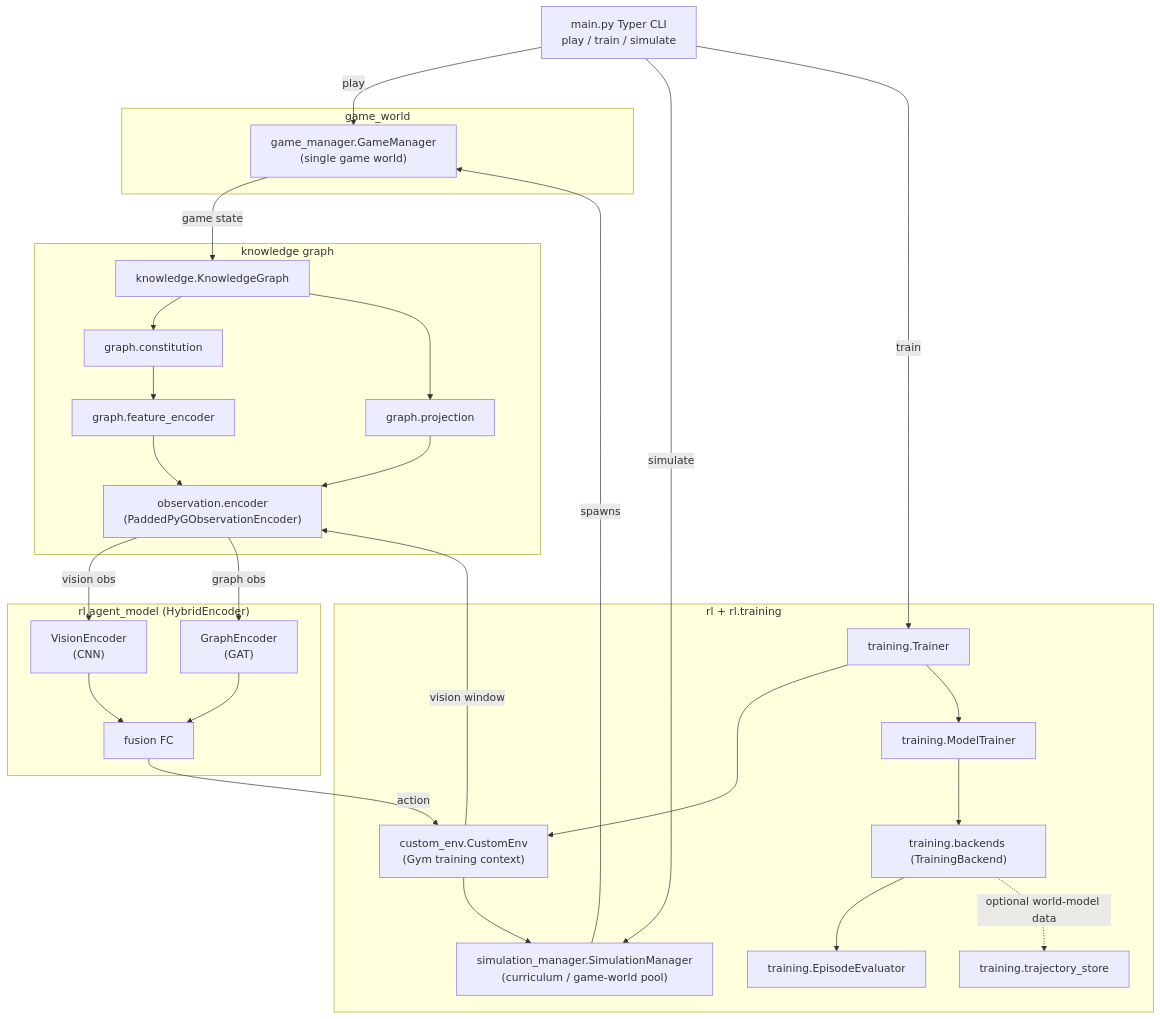
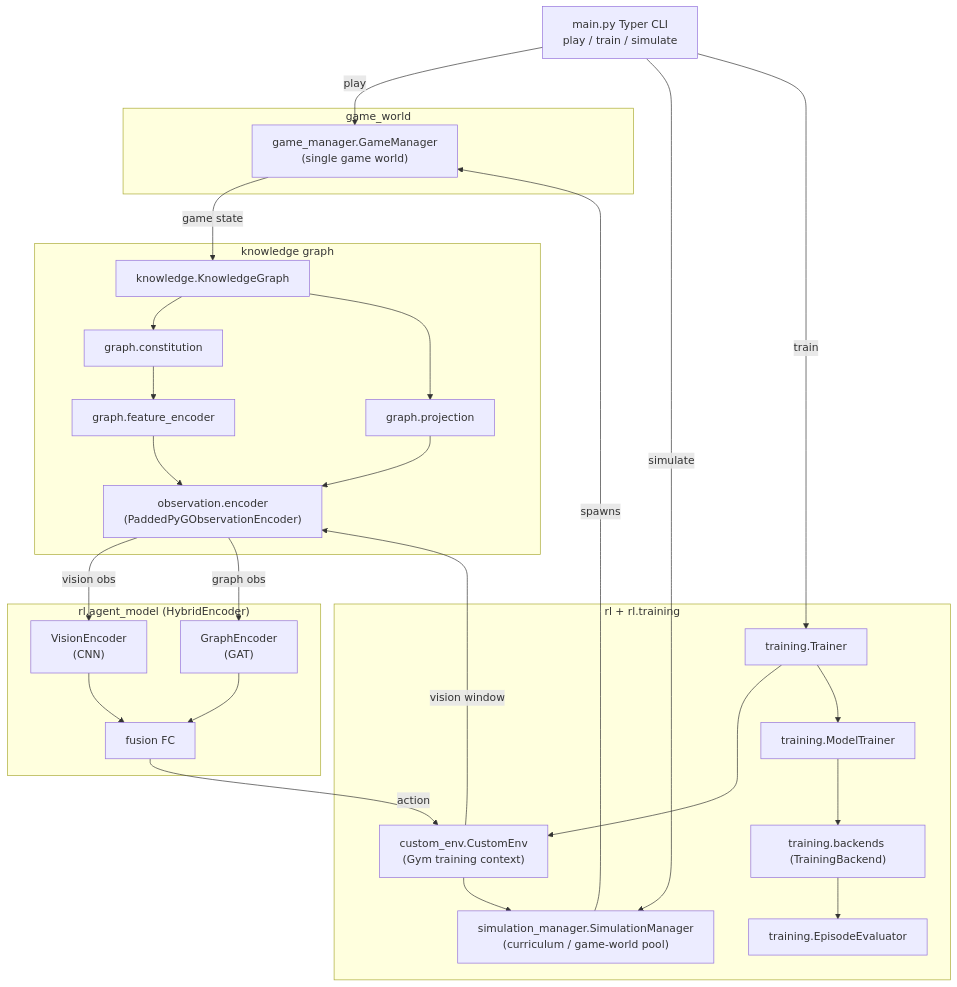
Before and after one commit to antoniomangoni/tsp_rl_kg: the diagram in README.md, drawn with Mermaid. The commit also changed other lines of this file and 35 other files, not shown here.

````diff
--- a/README.md
+++ b/README.md
@@ -20,51 +20,49 @@
 ```mermaid
 flowchart TD
     CLI["main.py Typer CLI\nplay / train / simulate"]
 
     subgraph GameWorldPkg["game_world"]
       GM["game_manager.GameManager\n(single game world)"]
     end
 
     subgraph TrainPkg["rl + rl.training"]
       ENV["custom_env.CustomEnv\n(Gym training context)"]
       SIM["simulation_manager.SimulationManager\n(curriculum / game-world pool)"]
       TR["training.Trainer"]
       MT["training.ModelTrainer"]
       BE["training.backends (TrainingBackend)"]
       EV["training.EpisodeEvaluator"]
-      TS["training.trajectory_store"]
       ENV --> SIM
       TR --> ENV
       TR --> MT --> BE --> EV
-      BE -. optional world-model data .-> TS
     end
 
     subgraph KGObsPkg["knowledge graph"]
       KG["knowledge.KnowledgeGraph"]
       CON["graph.constitution"]
       FE["graph.feature_encoder"]
       PROJ["graph.projection"]
       OE["observation.encoder\n(PaddedPyGObservationEncoder)"]
       KG --> CON --> FE --> OE
       KG --> PROJ --> OE
     end
 
     subgraph ModelPkg["rl.agent_model (HybridEncoder)"]
       CNN["VisionEncoder\n(CNN)"]
       GAT["GraphEncoder\n(GAT)"]
       FUSION["fusion FC"]
       CNN --> FUSION
       GAT --> FUSION
     end
 
     CLI -->|play| GM
     CLI -->|simulate| SIM
     CLI -->|train| TR
 
     SIM -->|"spawns"| GM
     GM -->|"game state"| KG
     ENV -->|"vision window"| OE
     OE -->|"vision obs"| CNN
     OE -->|"graph obs"| GAT
     FUSION -->|"action"| ENV
 ```
````
